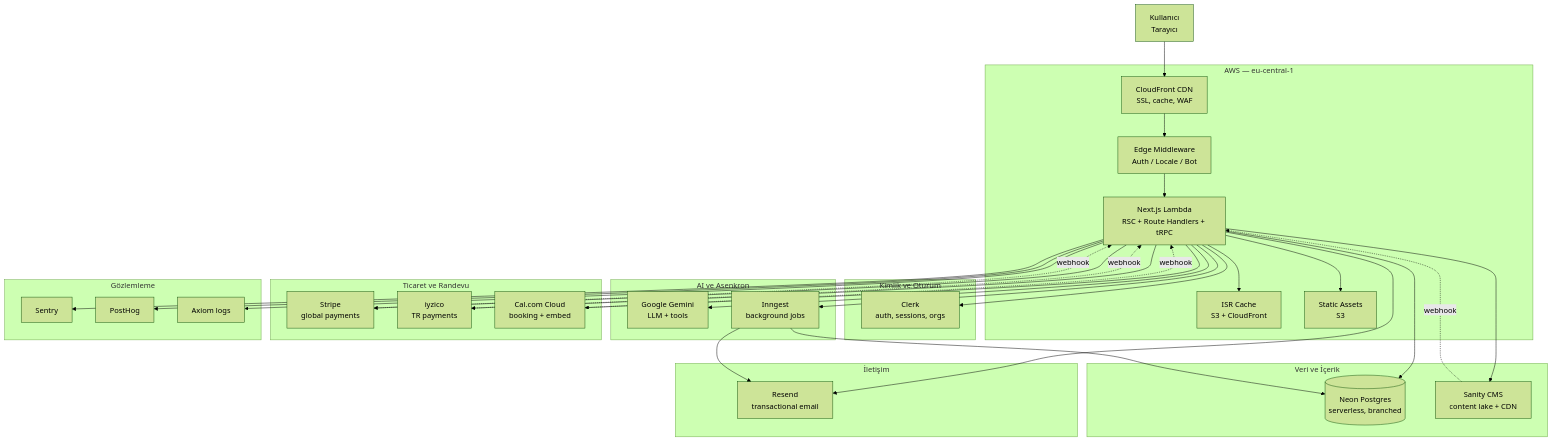
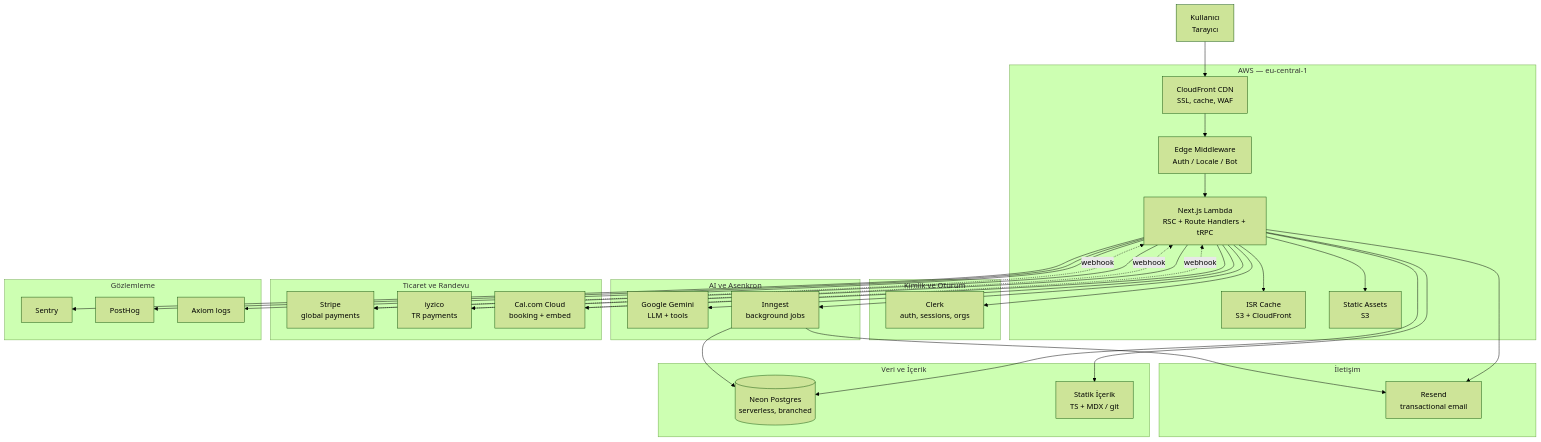
The first of 6 diagrams in docs/05-tech-architecture.md (burakardaozgul/indoles_new), drawn with Mermaid (forest theme) before and after one commit. The commit also changed other lines of this file and 10 other files, not shown here.

First line of the commit message:
docs: remove Sanity CMS, content moves to static TS + MDX (ADR-006)

````diff
--- a/docs/05-tech-architecture.md
+++ b/docs/05-tech-architecture.md
@@ -55,71 +57,70 @@
 ```mermaid
 graph TB
   User[Kullanıcı<br/>Tarayıcı]
   CF[CloudFront CDN<br/>SSL, cache, WAF]
   MW[Edge Middleware<br/>Auth / Locale / Bot]
   Lambda[Next.js Lambda<br/>RSC + Route Handlers + tRPC]
   ISR[ISR Cache<br/>S3 + CloudFront]
   Static[Static Assets<br/>S3]
 
   subgraph AWS["AWS — eu-central-1"]
     CF
     MW
     Lambda
     ISR
     Static
   end
 
   subgraph Data["Veri ve İçerik"]
     Neon[(Neon Postgres<br/>serverless, branched)]
-    Sanity[Sanity CMS<br/>content lake + CDN]
+    StaticContent[Statik İçerik<br/>TS + MDX / git]
   end
 
   subgraph Identity["Kimlik ve Oturum"]
     Clerk[Clerk<br/>auth, sessions, orgs]
   end
 
   subgraph AI["AI ve Asenkron"]
     Gemini[Google Gemini<br/>LLM + tools]
     Inngest[Inngest<br/>background jobs]
   end
 
   subgraph Commerce["Ticaret ve Randevu"]
     Stripe[Stripe<br/>global payments]
     Iyzico[iyzico<br/>TR payments]
     Cal[Cal.com Cloud<br/>booking + embed]
   end
 
   subgraph Comms["İletişim"]
     Resend[Resend<br/>transactional email]
   end
 
   subgraph Obs["Gözlemleme"]
     Sentry[Sentry]
     PostHog[PostHog]
     Axiom[Axiom logs]
   end
 
   User --> CF
   CF --> MW
   MW --> Lambda
   Lambda --> ISR
   Lambda --> Static
   Lambda --> Neon
-  Lambda --> Sanity
+  Lambda --> StaticContent
   Lambda --> Clerk
   Lambda --> Gemini
   Lambda --> Stripe
   Lambda --> Iyzico
   Lambda --> Cal
   Lambda --> Resend
   Lambda --> Inngest
   Inngest --> Neon
   Inngest --> Resend
-  Sanity -.webhook.-> Lambda
   Cal -.webhook.-> Lambda
   Stripe -.webhook.-> Lambda
   Iyzico -.webhook.-> Lambda
   Lambda --> Sentry
   Lambda --> PostHog
   Lambda --> Axiom
 ```
````
